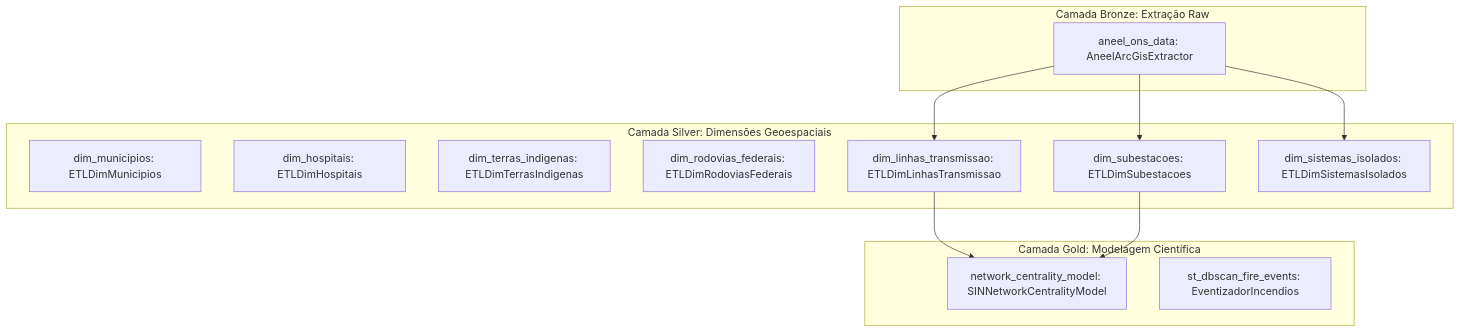
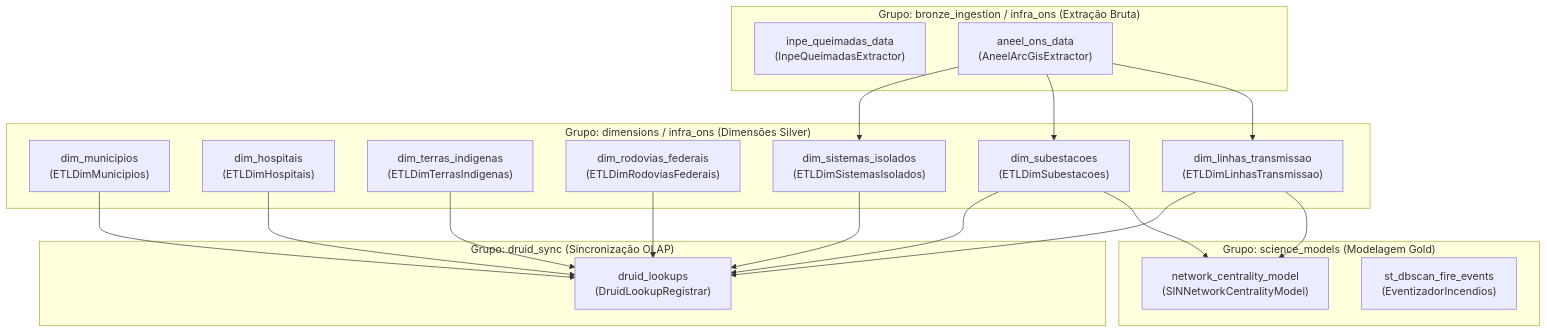
Before and after one commit to gabriel-goncalves1122/mapeamento-risco-queimadas-inpe: the second of 2 diagrams in src/orchestration/README.md, drawn with Mermaid. The commit also changed other lines of this file and 38 other files, not shown here.

Commit message:
docs(architecture): reorganiza trilha arquitetural em 6 capitulos e expande readmes modulares

````diff
--- a/src/orchestration/README.md
+++ b/src/orchestration/README.md
@@ -35,29 +48,41 @@
 ```mermaid
 flowchart TD
-    subgraph BRONZE [Camada Bronze: Extração Raw]
-        aneel[aneel_ons_data: AneelArcGisExtractor]
+    subgraph G_BRONZE ["Grupo: bronze_ingestion / infra_ons (Extração Bruta)"]
+        inpe["inpe_queimadas_data<br>(InpeQueimadasExtractor)"]
+        aneel["aneel_ons_data<br>(AneelArcGisExtractor)"]
     end
 
-    subgraph SILVER [Camada Silver: Dimensões Geoespaciais]
-        dim_mun[dim_municipios: ETLDimMunicipios]
-        dim_hosp[dim_hospitais: ETLDimHospitais]
-        dim_ti[dim_terras_indigenas: ETLDimTerrasIndigenas]
-        dim_rod[dim_rodovias_federais: ETLDimRodoviasFederais]
-        
-        dim_lin[dim_linhas_transmissao: ETLDimLinhasTransmissao]
-        dim_sub[dim_subestacoes: ETLDimSubestacoes]
-        dim_sis[dim_sistemas_isolados: ETLDimSistemasIsolados]
+    subgraph G_DIMS ["Grupo: dimensions / infra_ons (Dimensões Silver)"]
+        dim_mun["dim_municipios<br>(ETLDimMunicipios)"]
+        dim_hosp["dim_hospitais<br>(ETLDimHospitais)"]
+        dim_ti["dim_terras_indigenas<br>(ETLDimTerrasIndigenas)"]
+        dim_rod["dim_rodovias_federais<br>(ETLDimRodoviasFederais)"]
+        dim_lin["dim_linhas_transmissao<br>(ETLDimLinhasTransmissao)"]
+        dim_sub["dim_subestacoes<br>(ETLDimSubestacoes)"]
+        dim_sis["dim_sistemas_isolados<br>(ETLDimSistemasIsolados)"]
     end
 
-    subgraph GOLD [Camada Gold: Modelagem Científica]
-        model_net[network_centrality_model: SINNetworkCentralityModel]
-        model_dbscan[st_dbscan_fire_events: EventizadorIncendios]
+    subgraph G_SCIENCE ["Grupo: science_models (Modelagem Gold)"]
+        net["network_centrality_model<br>(SINNetworkCentralityModel)"]
+        dbscan["st_dbscan_fire_events<br>(EventizadorIncendios)"]
+    end
+
+    subgraph G_SYNC ["Grupo: druid_sync (Sincronização OLAP)"]
+        lookups["druid_lookups<br>(DruidLookupRegistrar)"]
     end
 
     aneel --> dim_lin
     aneel --> dim_sub
     aneel --> dim_sis
 
-    dim_lin --> model_net
-    dim_sub --> model_net
+    dim_lin --> net
+    dim_sub --> net
+
+    dim_mun --> lookups
+    dim_hosp --> lookups
+    dim_ti --> lookups
+    dim_rod --> lookups
+    dim_lin --> lookups
+    dim_sub --> lookups
+    dim_sis --> lookups
 ```
````
